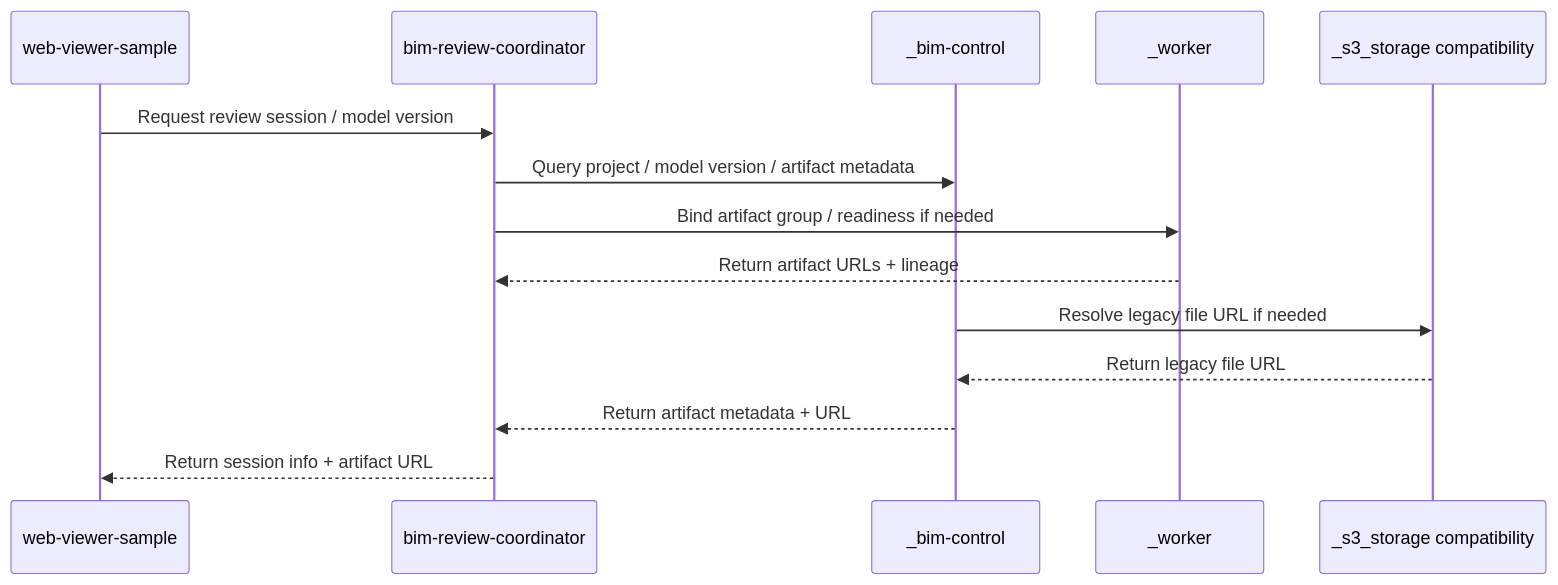
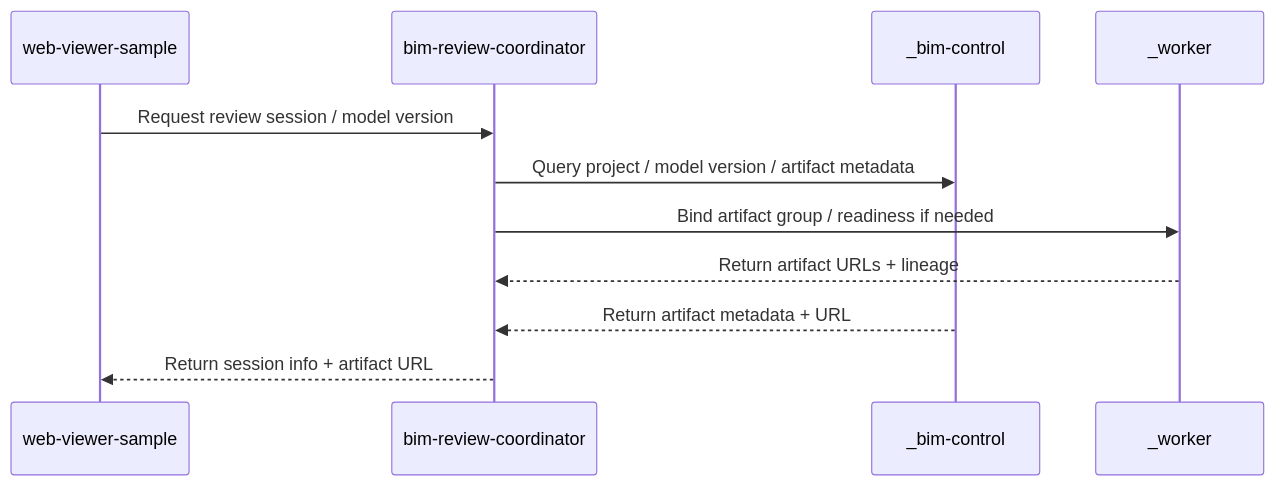
Before and after one commit to monkey1sai/AI-BIM-governance: the second of 6 diagrams in AGENTS.md, drawn with Mermaid. The commit also changed other lines of this file and 107 other files, not shown here.

First line of the commit message:
feat(worker)!: 統一 demo 步驟 ①/② 至 _worker 並退役 legacy storage/conversion 服務

````diff
--- a/AGENTS.md
+++ b/AGENTS.md
@@ -524,17 +495,14 @@
 ```mermaid
 sequenceDiagram
     participant WV as web-viewer-sample
     participant CO as bim-review-coordinator
     participant BC as _bim-control
     participant WK as _worker
-    participant S3 as _s3_storage compatibility
 
     WV->>CO: Request review session / model version
     CO->>BC: Query project / model version / artifact metadata
     CO->>WK: Bind artifact group / readiness if needed
     WK-->>CO: Return artifact URLs + lineage
-    BC->>S3: Resolve legacy file URL if needed
-    S3-->>BC: Return legacy file URL
     BC-->>CO: Return artifact metadata + URL
     CO-->>WV: Return session info + artifact URL
 ```
````
